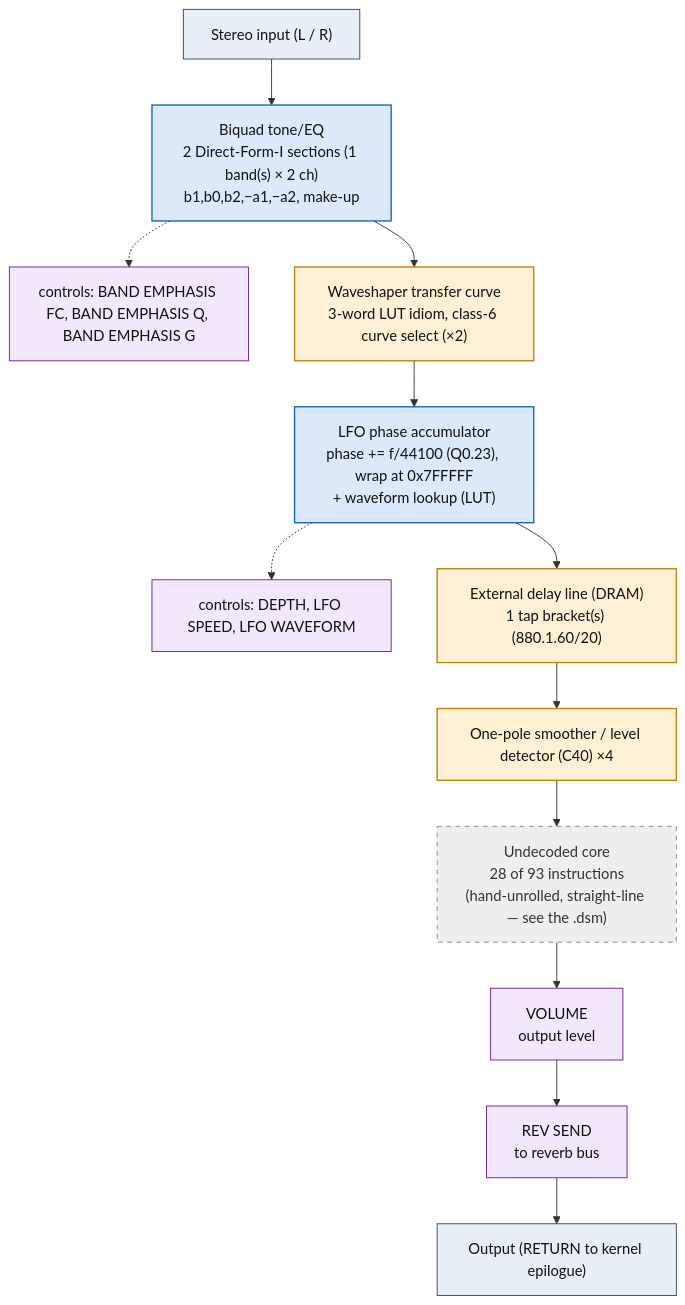
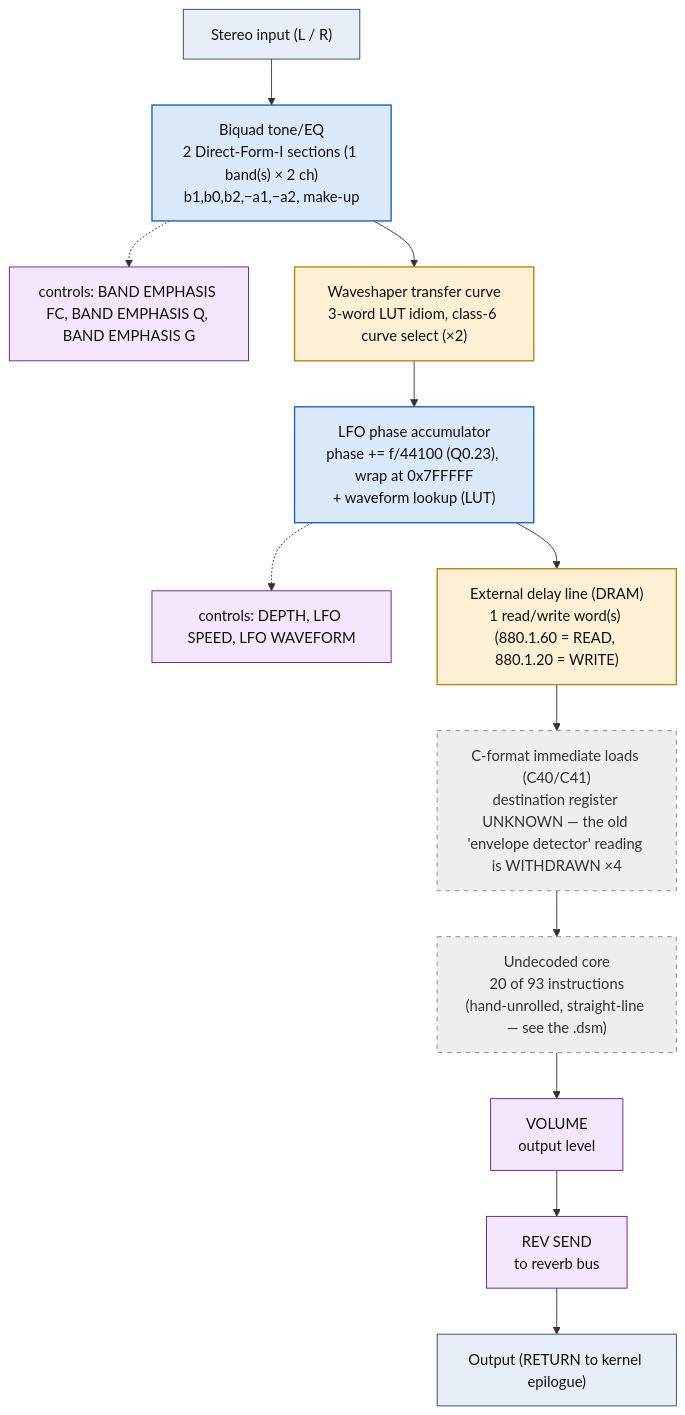
The diagram in flowcharts/prog71_peq_chorus.md (ArqueologiaDigital/KN5000-docs), drawn with Mermaid before and after one commit. The commit also changed other lines of this file and 38 other files, not shown here.

First line of the commit message:
flowcharts: withdraw the envelope-detector reading, decode the DRAM accesses

````diff
--- a/flowcharts/prog71_peq_chorus.md
+++ b/flowcharts/prog71_peq_chorus.md
@@ -19,38 +19,38 @@
 ```mermaid
 flowchart TD
     N0["Stereo input (L / R)"]
     N1["Biquad tone/EQ<br/>2 Direct-Form-I sections (1 band(s) &times; 2 ch)<br/>b1,b0,b2,&minus;a1,&minus;a2, make-up"]
     N0 --> N1
     N2["controls: BAND EMPHASIS FC, BAND EMPHASIS Q, BAND EMPHASIS G"]
     N1 -.-> N2
     N3["Waveshaper transfer curve<br/>3-word LUT idiom, class-6 curve select (&times;2)"]
     N1 --> N3
     N4["LFO phase accumulator<br/>phase += f/44100 (Q0.23), wrap at 0x7FFFFF<br/>+ waveform lookup (LUT)"]
     N3 --> N4
     N5["controls: DEPTH, LFO SPEED, LFO WAVEFORM"]
     N4 -.-> N5
-    N6["External delay line (DRAM)<br/>1 tap bracket(s) (880.1.60/20)"]
+    N6["External delay line (DRAM)<br/>1 read/write word(s) (880.1.60 = READ, 880.1.20 = WRITE)"]
     N4 --> N6
-    N7["One-pole smoother / level detector (C40) &times;4"]
+    N7["C-format immediate loads (C40/C41)<br/>destination register UNKNOWN &mdash; the old 'envelope detector' reading is WITHDRAWN &times;4"]
     N6 --> N7
-    N8["Undecoded core<br/>28 of 93 instructions<br/>(hand-unrolled, straight-line &mdash; see the .dsm)"]
+    N8["Undecoded core<br/>20 of 93 instructions<br/>(hand-unrolled, straight-line &mdash; see the .dsm)"]
     N7 --> N8
     N9["VOLUME<br/>output level"]
     N8 --> N9
     N10["REV SEND<br/>to reverb bus"]
     N9 --> N10
     N11["Output (RETURN to kernel epilogue)"]
     N10 --> N11
 
     classDef io fill:#e8eef7,stroke:#33475b,stroke-width:1px,color:#111;
     classDef proven fill:#d7f0d7,stroke:#2e7d32,stroke-width:2px,color:#111;
     classDef measured fill:#dbe9fb,stroke:#1565c0,stroke-width:1.5px,color:#111;
     classDef inferred fill:#fdf0d5,stroke:#b8860b,stroke-width:1.5px,color:#111;
     classDef open fill:#eeeeee,stroke:#888,stroke-width:1px,color:#333,stroke-dasharray:5 5;
     classDef ctrl fill:#f3e8fb,stroke:#6a1b9a,stroke-width:1px,color:#111;
     class N0,N11 io;
     class N1,N4 measured;
     class N2,N5,N9,N10 ctrl;
-    class N3,N6,N7 inferred;
-    class N8 open;
+    class N3,N6 inferred;
+    class N7,N8 open;
 ```
````
